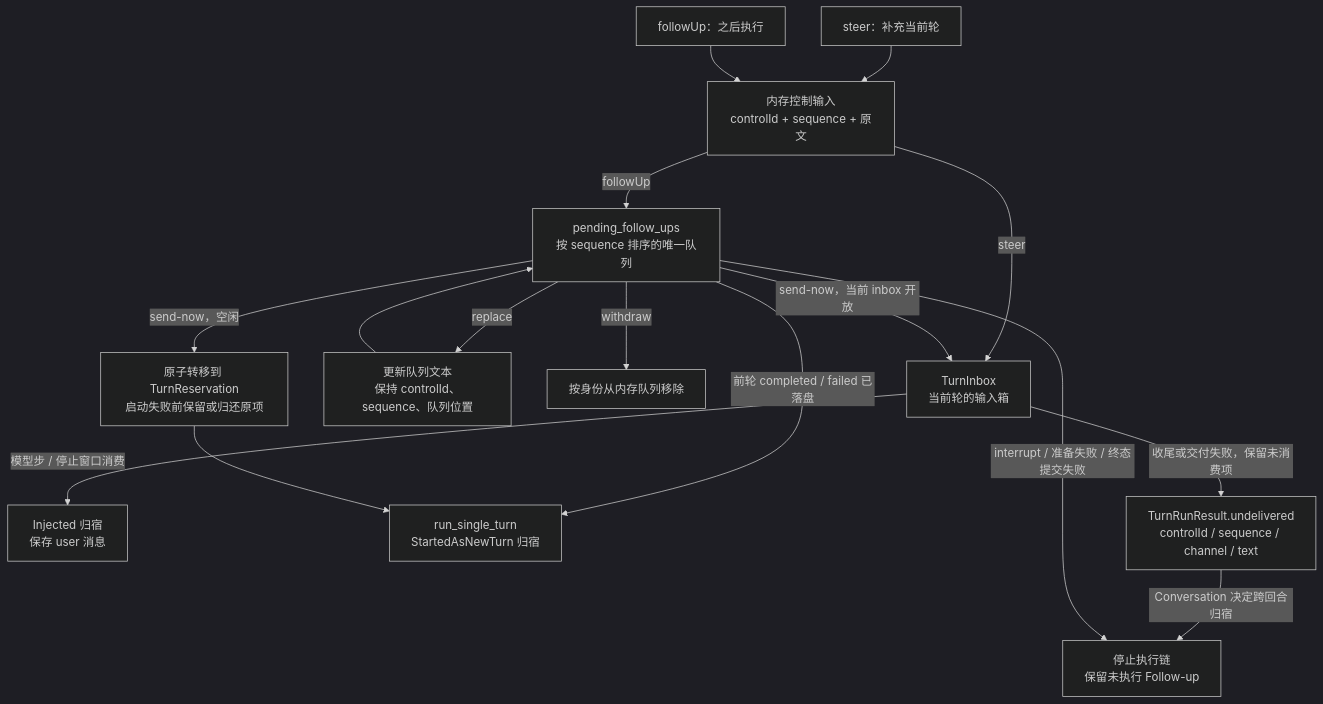
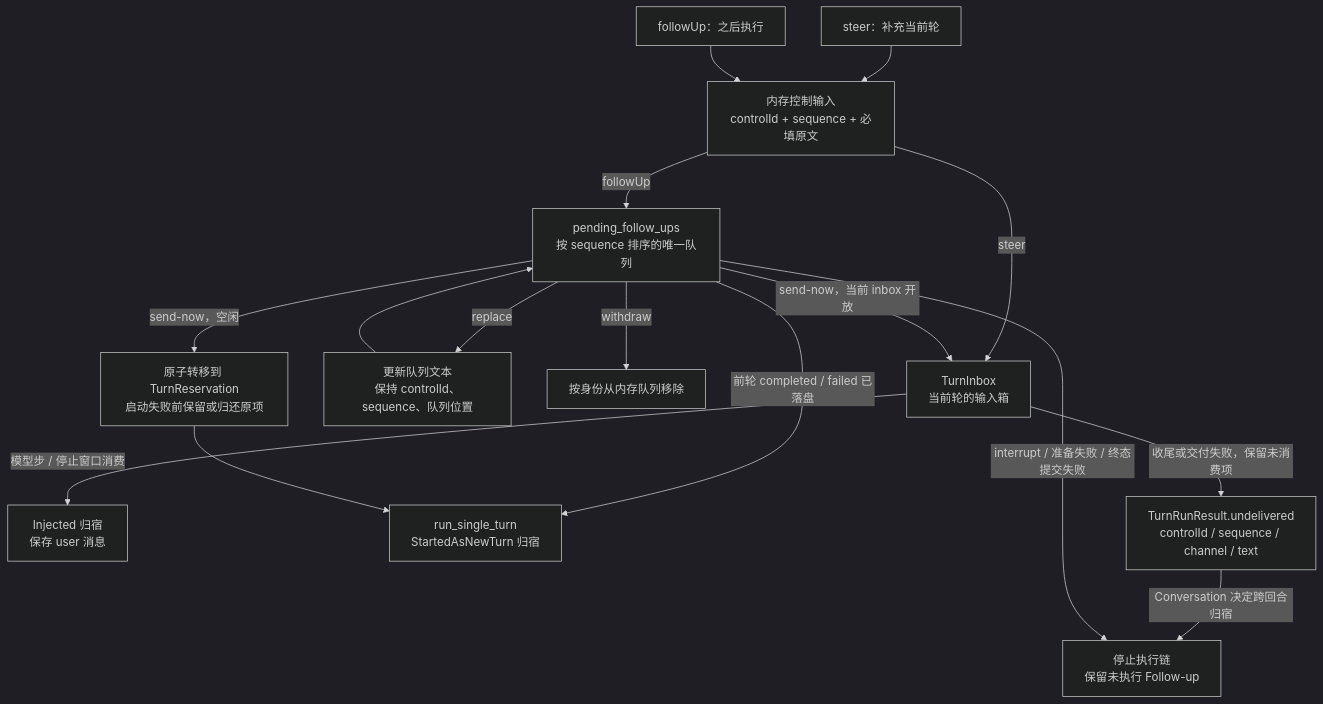
Diagram 16 of 29 in docs/singularity.md (qjcnmd/singularity-agent), drawn with Mermaid (dark theme) before and after one commit. The commit also changed other lines of this file and 27 other files, not shown here.

````diff
--- a/docs/singularity.md
+++ b/docs/singularity.md
@@ -429,18 +429,18 @@
 ```mermaid
 flowchart TB
-    Steer["steer：补充当前轮"] --> Accepted["内存控制输入<br/>controlId + sequence + 原文"]
+    Steer["steer：补充当前轮"] --> Accepted["内存控制输入<br/>controlId + sequence + 必填原文"]
     Follow["followUp：之后执行"] --> Accepted
     Accepted -->|"steer"| Inbox["TurnInbox<br/>当前轮的输入箱"]
     Accepted -->|"followUp"| Queue["pending_follow_ups<br/>按 sequence 排序的唯一队列"]
     Inbox -->|"模型步 / 停止窗口消费"| Injected["Injected 归宿<br/>保存 user 消息"]
     Queue -->|"replace"| Replaced["更新队列文本<br/>保持 controlId、sequence、队列位置"]
     Replaced --> Queue
     Queue -->|"withdraw"| Withdrawn["按身份从内存队列移除"]
     Queue -->|"send-now，当前 inbox 开放"| Inbox
     Queue -->|"send-now，空闲"| Reserve["原子转移到 TurnReservation<br/>启动失败前保留或归还原项"]
     Queue -->|"前轮 completed / failed 已落盘"| Next["run_single_turn<br/>StartedAsNewTurn 归宿"]
     Reserve --> Next
     Inbox -->|"收尾或交付失败，保留未消费项"| Handoff["TurnRunResult.undelivered<br/>controlId / sequence / channel / text"]
     Handoff -->|"Conversation 决定跨回合归宿"| Retain
     Queue -->|"interrupt / 准备失败 / 终态提交失败"| Retain["停止执行链<br/>保留未执行 Follow-up"]
 ```
````
